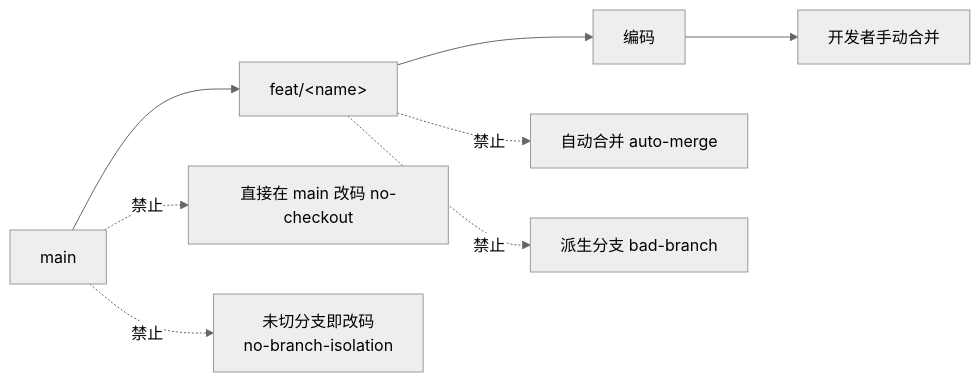
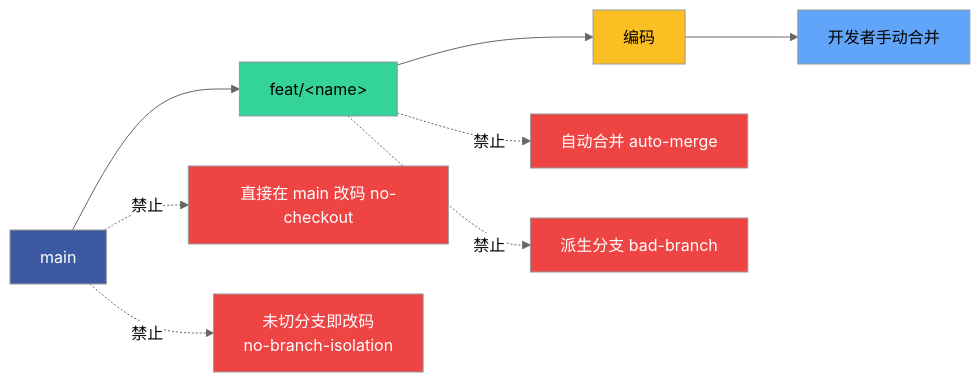
Before and after one commit to effiy/YrY: the fourth of 9 diagrams in rules/code-pipeline.md, drawn with Mermaid (neutral theme). The commit also changed other lines of this file and 341 other files, not shown here.

````diff
--- a/rules/code-pipeline.md
+++ b/rules/code-pipeline.md
@@ -124,12 +134,16 @@
 ```mermaid
 flowchart LR
     MAIN["main"]:::base --> FB["feat/&lt;name&gt;"]:::feat
     FB --> CODE["编码"]:::work
     CODE --> MR["开发者手动合并"]:::manual
     FB -.->|"禁止"| X1["自动合并 auto-merge"]:::block
     MAIN -.->|"禁止"| X2["直接在 main 改码 no-checkout"]:::block
     FB -.->|"禁止"| X3["派生分支 bad-branch"]:::block
     MAIN -.->|"禁止"| X4["未切分支即改码<br/>no-branch-isolation"]:::block
 
-
+    classDef base fill:#3d59a1,color:#fff
+    classDef feat fill:#34d399,color:#000
+    classDef work fill:#fbbf24,color:#000
+    classDef manual fill:#60a5fa,color:#000
+    classDef block fill:#ef4444,color:#fff
 ```
````
